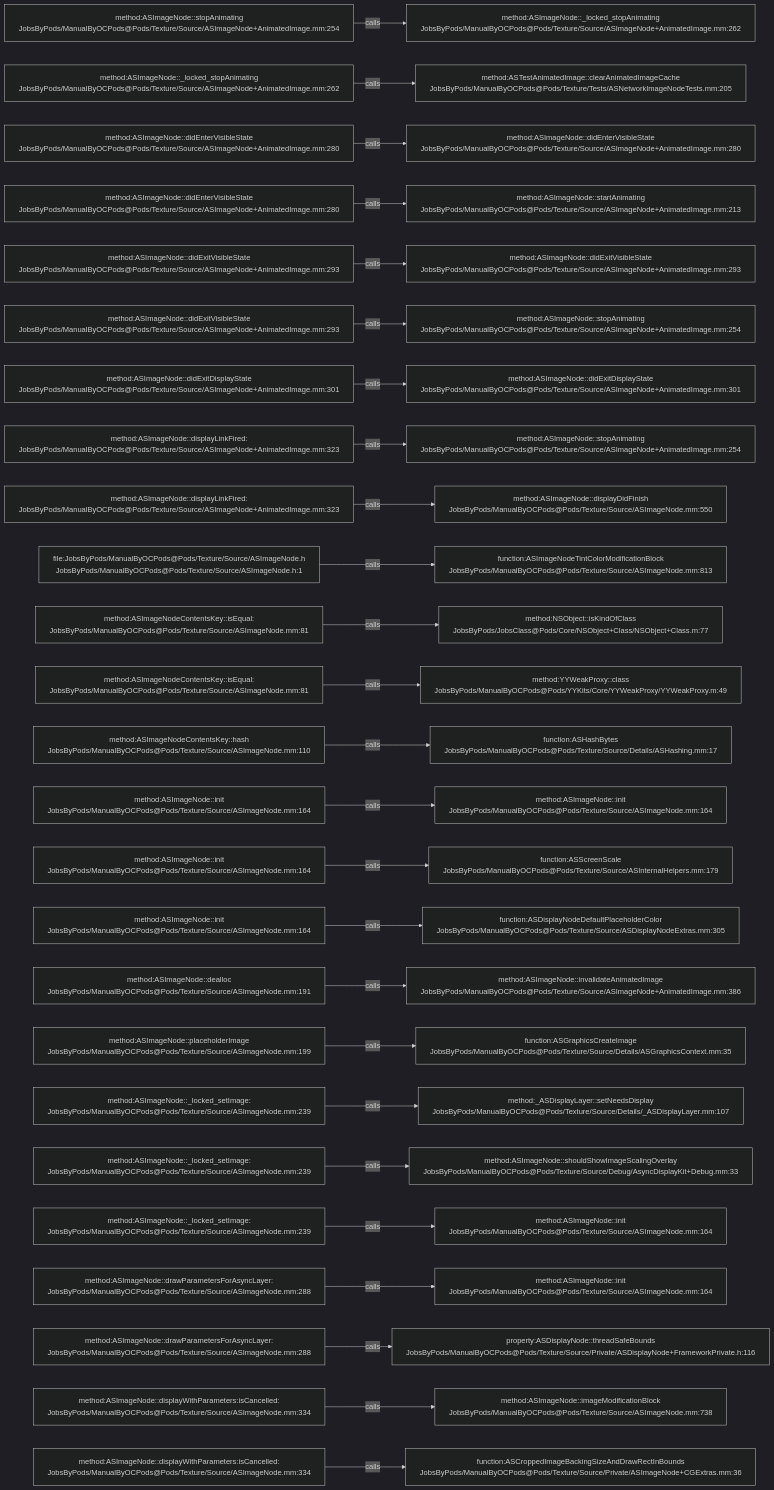
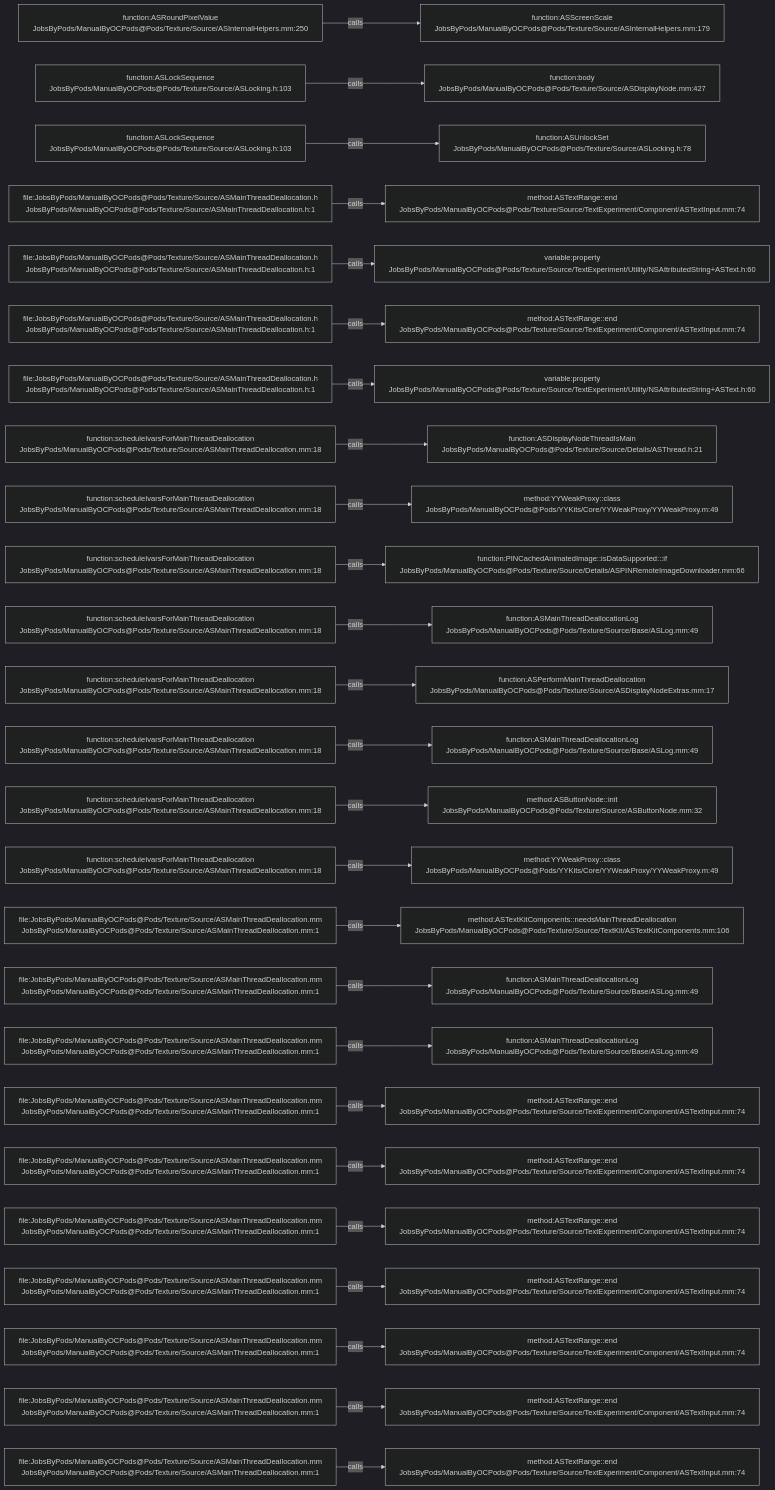
Before and after one commit to JobsKits/JobsOCBaseConfigDemo: the diagram in .codegraph/codegraph.md/graphs/calls-110.md, drawn with Mermaid (dark theme). The commit also changed 1353 other files, not shown here.

````diff
--- a/.codegraph/codegraph.md/graphs/calls-110.md
+++ b/.codegraph/codegraph.md/graphs/calls-110.md
@@ -13,78 +13,78 @@
 ```mermaid
 flowchart LR
-  S1["method:ASImageNode::stopAnimating<br/>JobsByPods/ManualByOCPods@Pods/Texture/Source/ASImageNode+AnimatedImage.mm:254"]
-  T1["method:ASImageNode::_locked_stopAnimating<br/>JobsByPods/ManualByOCPods@Pods/Texture/Source/ASImageNode+AnimatedImage.mm:262"]
+  S1["function:ASRoundPixelValue<br/>JobsByPods/ManualByOCPods@Pods/Texture/Source/ASInternalHelpers.mm:250"]
+  T1["function:ASScreenScale<br/>JobsByPods/ManualByOCPods@Pods/Texture/Source/ASInternalHelpers.mm:179"]
   S1 -->|calls| T1
-  S2["method:ASImageNode::_locked_stopAnimating<br/>JobsByPods/ManualByOCPods@Pods/Texture/Source/ASImageNode+AnimatedImage.mm:262"]
-  T2["method:ASTestAnimatedImage::clearAnimatedImageCache<br/>JobsByPods/ManualByOCPods@Pods/Texture/Tests/ASNetworkImageNodeTests.mm:205"]
+  S2["function:ASLockSequence<br/>JobsByPods/ManualByOCPods@Pods/Texture/Source/ASLocking.h:103"]
+  T2["function:body<br/>JobsByPods/ManualByOCPods@Pods/Texture/Source/ASDisplayNode.mm:427"]
   S2 -->|calls| T2
-  S3["method:ASImageNode::didEnterVisibleState<br/>JobsByPods/ManualByOCPods@Pods/Texture/Source/ASImageNode+AnimatedImage.mm:280"]
-  T3["method:ASImageNode::didEnterVisibleState<br/>JobsByPods/ManualByOCPods@Pods/Texture/Source/ASImageNode+AnimatedImage.mm:280"]
+  S3["function:ASLockSequence<br/>JobsByPods/ManualByOCPods@Pods/Texture/Source/ASLocking.h:103"]
+  T3["function:ASUnlockSet<br/>JobsByPods/ManualByOCPods@Pods/Texture/Source/ASLocking.h:78"]
   S3 -->|calls| T3
-  S4["method:ASImageNode::didEnterVisibleState<br/>JobsByPods/ManualByOCPods@Pods/Texture/Source/ASImageNode+AnimatedImage.mm:280"]
-  T4["method:ASImageNode::startAnimating<br/>JobsByPods/ManualByOCPods@Pods/Texture/Source/ASImageNode+AnimatedImage.mm:213"]
+  S4["file:JobsByPods/ManualByOCPods@Pods/Texture/Source/ASMainThreadDeallocation.h<br/>JobsByPods/ManualByOCPods@Pods/Texture/Source/ASMainThreadDeallocation.h:1"]
+  T4["method:ASTextRange::end<br/>JobsByPods/ManualByOCPods@Pods/Texture/Source/TextExperiment/Component/ASTextInput.mm:74"]
   S4 -->|calls| T4
-  S5["method:ASImageNode::didExitVisibleState<br/>JobsByPods/ManualByOCPods@Pods/Texture/Source/ASImageNode+AnimatedImage.mm:293"]
-  T5["method:ASImageNode::didExitVisibleState<br/>JobsByPods/ManualByOCPods@Pods/Texture/Source/ASImageNode+AnimatedImage.mm:293"]
+  S5["file:JobsByPods/ManualByOCPods@Pods/Texture/Source/ASMainThreadDeallocation.h<br/>JobsByPods/ManualByOCPods@Pods/Texture/Source/ASMainThreadDeallocation.h:1"]
+  T5["variable:property<br/>JobsByPods/ManualByOCPods@Pods/Texture/Source/TextExperiment/Utility/NSAttributedString+ASText.h:60"]
   S5 -->|calls| T5
-  S6["method:ASImageNode::didExitVisibleState<br/>JobsByPods/ManualByOCPods@Pods/Texture/Source/ASImageNode+AnimatedImage.mm:293"]
-  T6["method:ASImageNode::stopAnimating<br/>JobsByPods/ManualByOCPods@Pods/Texture/Source/ASImageNode+AnimatedImage.mm:254"]
+  S6["file:JobsByPods/ManualByOCPods@Pods/Texture/Source/ASMainThreadDeallocation.h<br/>JobsByPods/ManualByOCPods@Pods/Texture/Source/ASMainThreadDeallocation.h:1"]
+  T6["method:ASTextRange::end<br/>JobsByPods/ManualByOCPods@Pods/Texture/Source/TextExperiment/Component/ASTextInput.mm:74"]
   S6 -->|calls| T6
-  S7["method:ASImageNode::didExitDisplayState<br/>JobsByPods/ManualByOCPods@Pods/Texture/Source/ASImageNode+AnimatedImage.mm:301"]
-  T7["method:ASImageNode::didExitDisplayState<br/>JobsByPods/ManualByOCPods@Pods/Texture/Source/ASImageNode+AnimatedImage.mm:301"]
+  S7["file:JobsByPods/ManualByOCPods@Pods/Texture/Source/ASMainThreadDeallocation.h<br/>JobsByPods/ManualByOCPods@Pods/Texture/Source/ASMainThreadDeallocation.h:1"]
+  T7["variable:property<br/>JobsByPods/ManualByOCPods@Pods/Texture/Source/TextExperiment/Utility/NSAttributedString+ASText.h:60"]
   S7 -->|calls| T7
-  S8["method:ASImageNode::displayLinkFired:<br/>JobsByPods/ManualByOCPods@Pods/Texture/Source/ASImageNode+AnimatedImage.mm:323"]
-  T8["method:ASImageNode::stopAnimating<br/>JobsByPods/ManualByOCPods@Pods/Texture/Source/ASImageNode+AnimatedImage.mm:254"]
+  S8["function:scheduleIvarsForMainThreadDeallocation<br/>JobsByPods/ManualByOCPods@Pods/Texture/Source/ASMainThreadDeallocation.mm:18"]
+  T8["function:ASDisplayNodeThreadIsMain<br/>JobsByPods/ManualByOCPods@Pods/Texture/Source/Details/ASThread.h:21"]
   S8 -->|calls| T8
-  S9["method:ASImageNode::displayLinkFired:<br/>JobsByPods/ManualByOCPods@Pods/Texture/Source/ASImageNode+AnimatedImage.mm:323"]
-  T9["method:ASImageNode::displayDidFinish<br/>JobsByPods/ManualByOCPods@Pods/Texture/Source/ASImageNode.mm:550"]
+  S9["function:scheduleIvarsForMainThreadDeallocation<br/>JobsByPods/ManualByOCPods@Pods/Texture/Source/ASMainThreadDeallocation.mm:18"]
+  T9["method:YYWeakProxy::class<br/>JobsByPods/ManualByOCPods@Pods/YYKits/Core/YYWeakProxy/YYWeakProxy.m:49"]
   S9 -->|calls| T9
-  S10["file:JobsByPods/ManualByOCPods@Pods/Texture/Source/ASImageNode.h<br/>JobsByPods/ManualByOCPods@Pods/Texture/Source/ASImageNode.h:1"]
-  T10["function:ASImageNodeTintColorModificationBlock<br/>JobsByPods/ManualByOCPods@Pods/Texture/Source/ASImageNode.mm:813"]
+  S10["function:scheduleIvarsForMainThreadDeallocation<br/>JobsByPods/ManualByOCPods@Pods/Texture/Source/ASMainThreadDeallocation.mm:18"]
+  T10["function:PINCachedAnimatedImage::isDataSupported:::if<br/>JobsByPods/ManualByOCPods@Pods/Texture/Source/Details/ASPINRemoteImageDownloader.mm:66"]
   S10 -->|calls| T10
-  S11["method:ASImageNodeContentsKey::isEqual:<br/>JobsByPods/ManualByOCPods@Pods/Texture/Source/ASImageNode.mm:81"]
-  T11["method:NSObject::isKindOfClass<br/>JobsByPods/JobsClass@Pods/Core/NSObject+Class/NSObject+Class.m:77"]
+  S11["function:scheduleIvarsForMainThreadDeallocation<br/>JobsByPods/ManualByOCPods@Pods/Texture/Source/ASMainThreadDeallocation.mm:18"]
+  T11["function:ASMainThreadDeallocationLog<br/>JobsByPods/ManualByOCPods@Pods/Texture/Source/Base/ASLog.mm:49"]
   S11 -->|calls| T11
-  S12["method:ASImageNodeContentsKey::isEqual:<br/>JobsByPods/ManualByOCPods@Pods/Texture/Source/ASImageNode.mm:81"]
-  T12["method:YYWeakProxy::class<br/>JobsByPods/ManualByOCPods@Pods/YYKits/Core/YYWeakProxy/YYWeakProxy.m:49"]
+  S12["function:scheduleIvarsForMainThreadDeallocation<br/>JobsByPods/ManualByOCPods@Pods/Texture/Source/ASMainThreadDeallocation.mm:18"]
+  T12["function:ASPerformMainThreadDeallocation<br/>JobsByPods/ManualByOCPods@Pods/Texture/Source/ASDisplayNodeExtras.mm:17"]
   S12 -->|calls| T12
-  S13["method:ASImageNodeContentsKey::hash<br/>JobsByPods/ManualByOCPods@Pods/Texture/Source/ASImageNode.mm:110"]
-  T13["function:ASHashBytes<br/>JobsByPods/ManualByOCPods@Pods/Texture/Source/Details/ASHashing.mm:17"]
+  S13["function:scheduleIvarsForMainThreadDeallocation<br/>JobsByPods/ManualByOCPods@Pods/Texture/Source/ASMainThreadDeallocation.mm:18"]
+  T13["function:ASMainThreadDeallocationLog<br/>JobsByPods/ManualByOCPods@Pods/Texture/Source/Base/ASLog.mm:49"]
   S13 -->|calls| T13
-  S14["method:ASImageNode::init<br/>JobsByPods/ManualByOCPods@Pods/Texture/Source/ASImageNode.mm:164"]
-  T14["method:ASImageNode::init<br/>JobsByPods/ManualByOCPods@Pods/Texture/Source/ASImageNode.mm:164"]
+  S14["function:scheduleIvarsForMainThreadDeallocation<br/>JobsByPods/ManualByOCPods@Pods/Texture/Source/ASMainThreadDeallocation.mm:18"]
+  T14["method:ASButtonNode::init<br/>JobsByPods/ManualByOCPods@Pods/Texture/Source/ASButtonNode.mm:32"]
   S14 -->|calls| T14
-  S15["method:ASImageNode::init<br/>JobsByPods/ManualByOCPods@Pods/Texture/Source/ASImageNode.mm:164"]
-  T15["function:ASScreenScale<br/>JobsByPods/ManualByOCPods@Pods/Texture/Source/ASInternalHelpers.mm:179"]
+  S15["function:scheduleIvarsForMainThreadDeallocation<br/>JobsByPods/ManualByOCPods@Pods/Texture/Source/ASMainThreadDeallocation.mm:18"]
+  T15["method:YYWeakProxy::class<br/>JobsByPods/ManualByOCPods@Pods/YYKits/Core/YYWeakProxy/YYWeakProxy.m:49"]
   S15 -->|calls| T15
-  S16["method:ASImageNode::init<br/>JobsByPods/ManualByOCPods@Pods/Texture/Source/ASImageNode.mm:164"]
-  T16["function:ASDisplayNodeDefaultPlaceholderColor<br/>JobsByPods/ManualByOCPods@Pods/Texture/Source/ASDisplayNodeExtras.mm:305"]
+  S16["file:JobsByPods/ManualByOCPods@Pods/Texture/Source/ASMainThreadDeallocation.mm<br/>JobsByPods/ManualByOCPods@Pods/Texture/Source/ASMainThreadDeallocation.mm:1"]
+  T16["method:ASTextKitComponents::needsMainThreadDeallocation<br/>JobsByPods/ManualByOCPods@Pods/Texture/Source/TextKit/ASTextKitComponents.mm:106"]
   S16 -->|calls| T16
-  S17["method:ASImageNode::dealloc<br/>JobsByPods/ManualByOCPods@Pods/Texture/Source/ASImageNode.mm:191"]
-  T17["method:ASImageNode::invalidateAnimatedImage<br/>JobsByPods/ManualByOCPods@Pods/Texture/Source/ASImageNode+AnimatedImage.mm:386"]
+  S17["file:JobsByPods/ManualByOCPods@Pods/Texture/Source/ASMainThreadDeallocation.mm<br/>JobsByPods/ManualByOCPods@Pods/Texture/Source/ASMainThreadDeallocation.mm:1"]
+  T17["function:ASMainThreadDeallocationLog<br/>JobsByPods/ManualByOCPods@Pods/Texture/Source/Base/ASLog.mm:49"]
   S17 -->|calls| T17
-  S18["method:ASImageNode::placeholderImage<br/>JobsByPods/ManualByOCPods@Pods/Texture/Source/ASImageNode.mm:199"]
-  T18["function:ASGraphicsCreateImage<br/>JobsByPods/ManualByOCPods@Pods/Texture/Source/Details/ASGraphicsContext.mm:35"]
+  S18["file:JobsByPods/ManualByOCPods@Pods/Texture/Source/ASMainThreadDeallocation.mm<br/>JobsByPods/ManualByOCPods@Pods/Texture/Source/ASMainThreadDeallocation.mm:1"]
+  T18["function:ASMainThreadDeallocationLog<br/>JobsByPods/ManualByOCPods@Pods/Texture/Source/Base/ASLog.mm:49"]
   S18 -->|calls| T18
-  S19["method:ASImageNode::_locked_setImage:<br/>JobsByPods/ManualByOCPods@Pods/Texture/Source/ASImageNode.mm:239"]
-  T19["method:_ASDisplayLayer::setNeedsDisplay<br/>JobsByPods/ManualByOCPods@Pods/Texture/Source/Details/_ASDisplayLayer.mm:107"]
+  S19["file:JobsByPods/ManualByOCPods@Pods/Texture/Source/ASMainThreadDeallocation.mm<br/>JobsByPods/ManualByOCPods@Pods/Texture/Source/ASMainThreadDeallocation.mm:1"]
+  T19["method:ASTextRange::end<br/>JobsByPods/ManualByOCPods@Pods/Texture/Source/TextExperiment/Component/ASTextInput.mm:74"]
   S19 -->|calls| T19
-  S20["method:ASImageNode::_locked_setImage:<br/>JobsByPods/ManualByOCPods@Pods/Texture/Source/ASImageNode.mm:239"]
-  T20["method:ASImageNode::shouldShowImageScalingOverlay<br/>JobsByPods/ManualByOCPods@Pods/Texture/Source/Debug/AsyncDisplayKit+Debug.mm:33"]
+  S20["file:JobsByPods/ManualByOCPods@Pods/Texture/Source/ASMainThreadDeallocation.mm<br/>JobsByPods/ManualByOCPods@Pods/Texture/Source/ASMainThreadDeallocation.mm:1"]
+  T20["method:ASTextRange::end<br/>JobsByPods/ManualByOCPods@Pods/Texture/Source/TextExperiment/Component/ASTextInput.mm:74"]
   S20 -->|calls| T20
-  S21["method:ASImageNode::_locked_setImage:<br/>JobsByPods/ManualByOCPods@Pods/Texture/Source/ASImageNode.mm:239"]
-  T21["method:ASImageNode::init<br/>JobsByPods/ManualByOCPods@Pods/Texture/Source/ASImageNode.mm:164"]
+  S21["file:JobsByPods/ManualByOCPods@Pods/Texture/Source/ASMainThreadDeallocation.mm<br/>JobsByPods/ManualByOCPods@Pods/Texture/Source/ASMainThreadDeallocation.mm:1"]
+  T21["method:ASTextRange::end<br/>JobsByPods/ManualByOCPods@Pods/Texture/Source/TextExperiment/Component/ASTextInput.mm:74"]
   S21 -->|calls| T21
-  S22["method:ASImageNode::drawParametersForAsyncLayer:<br/>JobsByPods/ManualByOCPods@Pods/Texture/Source/ASImageNode.mm:288"]
-  T22["method:ASImageNode::init<br/>JobsByPods/ManualByOCPods@Pods/Texture/Source/ASImageNode.mm:164"]
+  S22["file:JobsByPods/ManualByOCPods@Pods/Texture/Source/ASMainThreadDeallocation.mm<br/>JobsByPods/ManualByOCPods@Pods/Texture/Source/ASMainThreadDeallocation.mm:1"]
+  T22["method:ASTextRange::end<br/>JobsByPods/ManualByOCPods@Pods/Texture/Source/TextExperiment/Component/ASTextInput.mm:74"]
   S22 -->|calls| T22
-  S23["method:ASImageNode::drawParametersForAsyncLayer:<br/>JobsByPods/ManualByOCPods@Pods/Texture/Source/ASImageNode.mm:288"]
-  T23["property:ASDisplayNode::threadSafeBounds<br/>JobsByPods/ManualByOCPods@Pods/Texture/Source/Private/ASDisplayNode+FrameworkPrivate.h:116"]
+  S23["file:JobsByPods/ManualByOCPods@Pods/Texture/Source/ASMainThreadDeallocation.mm<br/>JobsByPods/ManualByOCPods@Pods/Texture/Source/ASMainThreadDeallocation.mm:1"]
+  T23["method:ASTextRange::end<br/>JobsByPods/ManualByOCPods@Pods/Texture/Source/TextExperiment/Component/ASTextInput.mm:74"]
   S23 -->|calls| T23
-  S24["method:ASImageNode::displayWithParameters:isCancelled:<br/>JobsByPods/ManualByOCPods@Pods/Texture/Source/ASImageNode.mm:334"]
-  T24["method:ASImageNode::imageModificationBlock<br/>JobsByPods/ManualByOCPods@Pods/Texture/Source/ASImageNode.mm:738"]
+  S24["file:JobsByPods/ManualByOCPods@Pods/Texture/Source/ASMainThreadDeallocation.mm<br/>JobsByPods/ManualByOCPods@Pods/Texture/Source/ASMainThreadDeallocation.mm:1"]
+  T24["method:ASTextRange::end<br/>JobsByPods/ManualByOCPods@Pods/Texture/Source/TextExperiment/Component/ASTextInput.mm:74"]
   S24 -->|calls| T24
-  S25["method:ASImageNode::displayWithParameters:isCancelled:<br/>JobsByPods/ManualByOCPods@Pods/Texture/Source/ASImageNode.mm:334"]
-  T25["function:ASCroppedImageBackingSizeAndDrawRectInBounds<br/>JobsByPods/ManualByOCPods@Pods/Texture/Source/Private/ASImageNode+CGExtras.mm:36"]
+  S25["file:JobsByPods/ManualByOCPods@Pods/Texture/Source/ASMainThreadDeallocation.mm<br/>JobsByPods/ManualByOCPods@Pods/Texture/Source/ASMainThreadDeallocation.mm:1"]
+  T25["method:ASTextRange::end<br/>JobsByPods/ManualByOCPods@Pods/Texture/Source/TextExperiment/Component/ASTextInput.mm:74"]
   S25 -->|calls| T25
 ```
````
